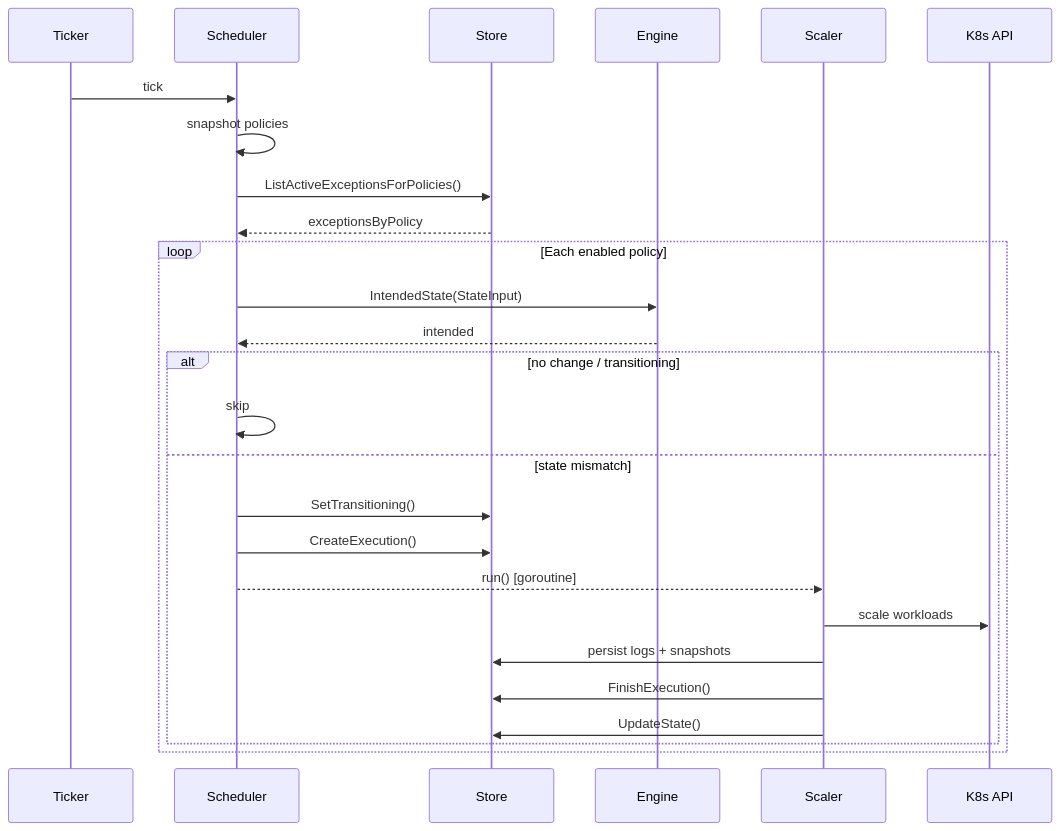
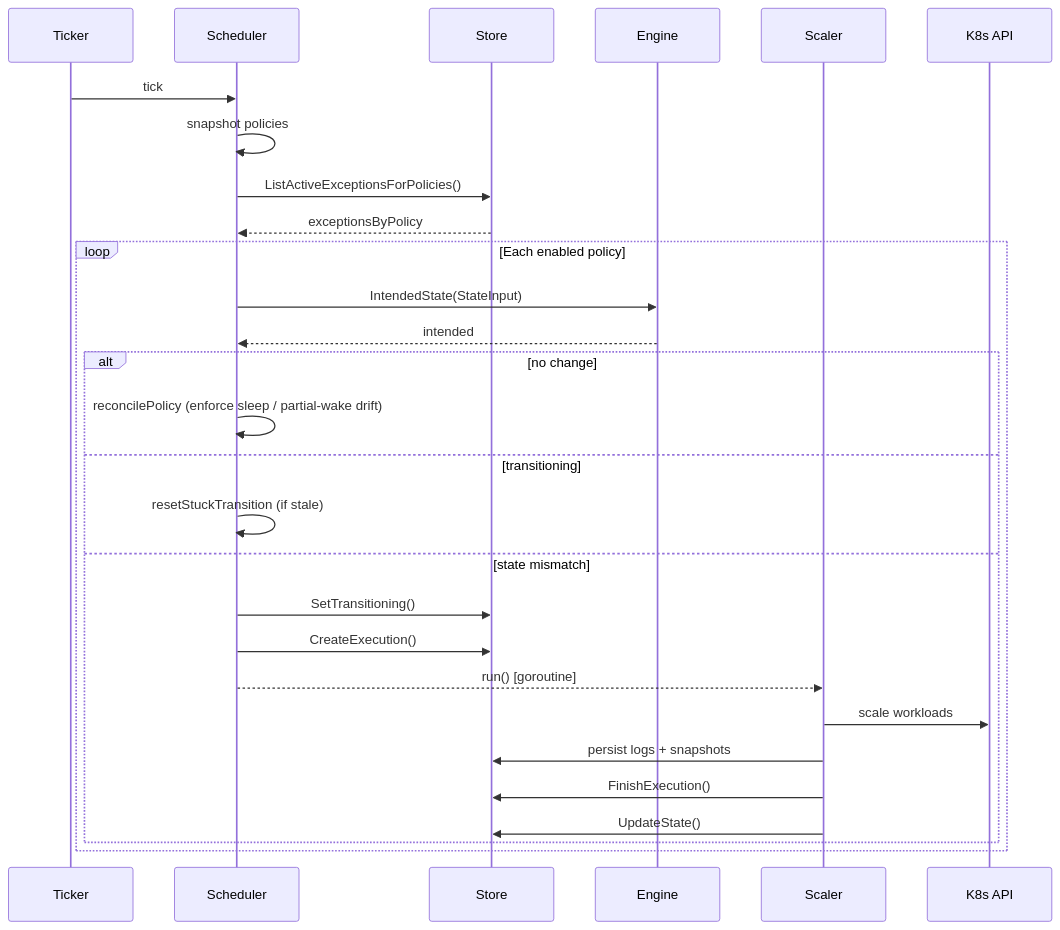
One commit to MacXsimilian/kube-phoenix changed the third of 3 diagrams in docs/window-native-scheduling.md. Above: the diagram before and after it, drawn with Mermaid. The commit also changed other lines of this file and 12 other files, not shown here.

First line of the commit message:
docs: update all documentation for emergency scale, enforce sleep, and CI changes

````diff
--- a/docs/window-native-scheduling.md
+++ b/docs/window-native-scheduling.md
@@ -259,32 +259,34 @@
 ```mermaid
 sequenceDiagram
     participant T as Ticker
     participant PS as Scheduler
     participant DB as Store
     participant E as Engine
     participant S as Scaler
     participant K as K8s API
 
     T->>PS: tick
     PS->>PS: snapshot policies
 
     PS->>DB: ListActiveExceptionsForPolicies()
     DB-->>PS: exceptionsByPolicy
 
     loop Each enabled policy
         PS->>E: IntendedState(StateInput)
         E-->>PS: intended
 
-        alt no change / transitioning
-            PS->>PS: skip
+        alt no change
+            PS->>PS: reconcilePolicy (enforce sleep / partial-wake drift)
+        else transitioning
+            PS->>PS: resetStuckTransition (if stale)
         else state mismatch
             PS->>DB: SetTransitioning()
             PS->>DB: CreateExecution()
             PS-->>S: run() [goroutine]
             S->>K: scale workloads
             S->>DB: persist logs + snapshots
             S->>DB: FinishExecution()
             S->>DB: UpdateState()
         end
     end
 ```
````
